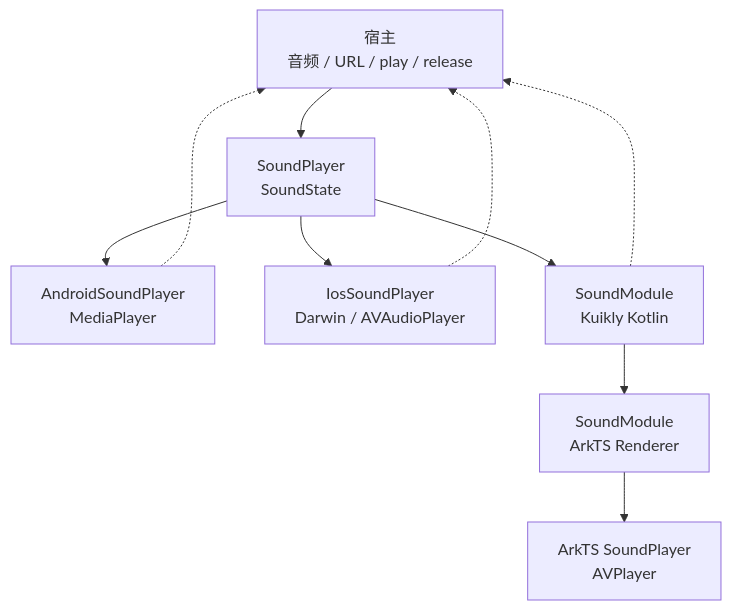
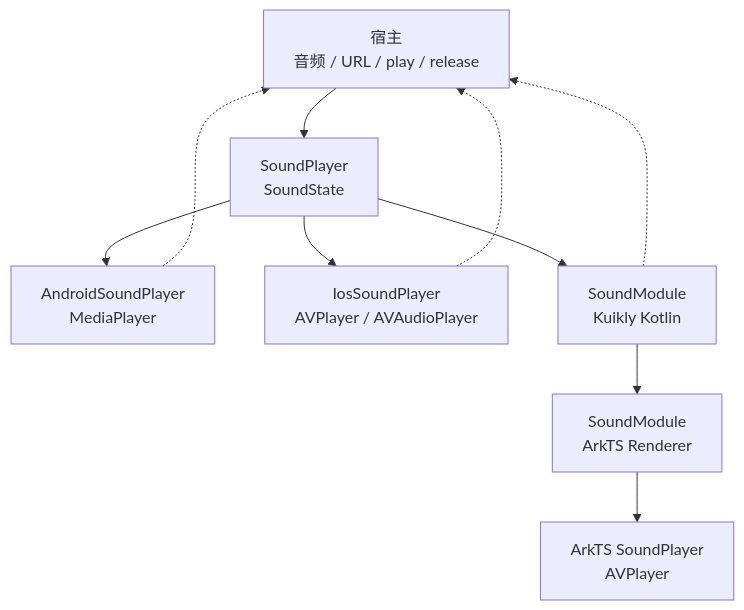
The first of 3 diagrams in README.md (gycrosskit/sound), drawn with Mermaid before and after one commit. The commit also changed other lines of this file and 23 other files, not shown here.

````diff
--- a/README.md
+++ b/README.md
@@ -15,12 +23,12 @@
 ```mermaid
 flowchart TB
     H["宿主<br/>音频 / URL / play / release"] --> P["SoundPlayer<br/>SoundState"]
     P --> A["AndroidSoundPlayer<br/>MediaPlayer"]
-    P --> I["IosSoundPlayer<br/>Darwin / AVAudioPlayer"]
+    P --> I["IosSoundPlayer<br/>AVPlayer / AVAudioPlayer"]
     P --> K["SoundModule<br/>Kuikly Kotlin"]
     K --> R["SoundModule<br/>ArkTS Renderer"]
     R --> O["ArkTS SoundPlayer<br/>AVPlayer"]
     A -.-> H
     I -.-> H
     K -.-> H
 ```
````
